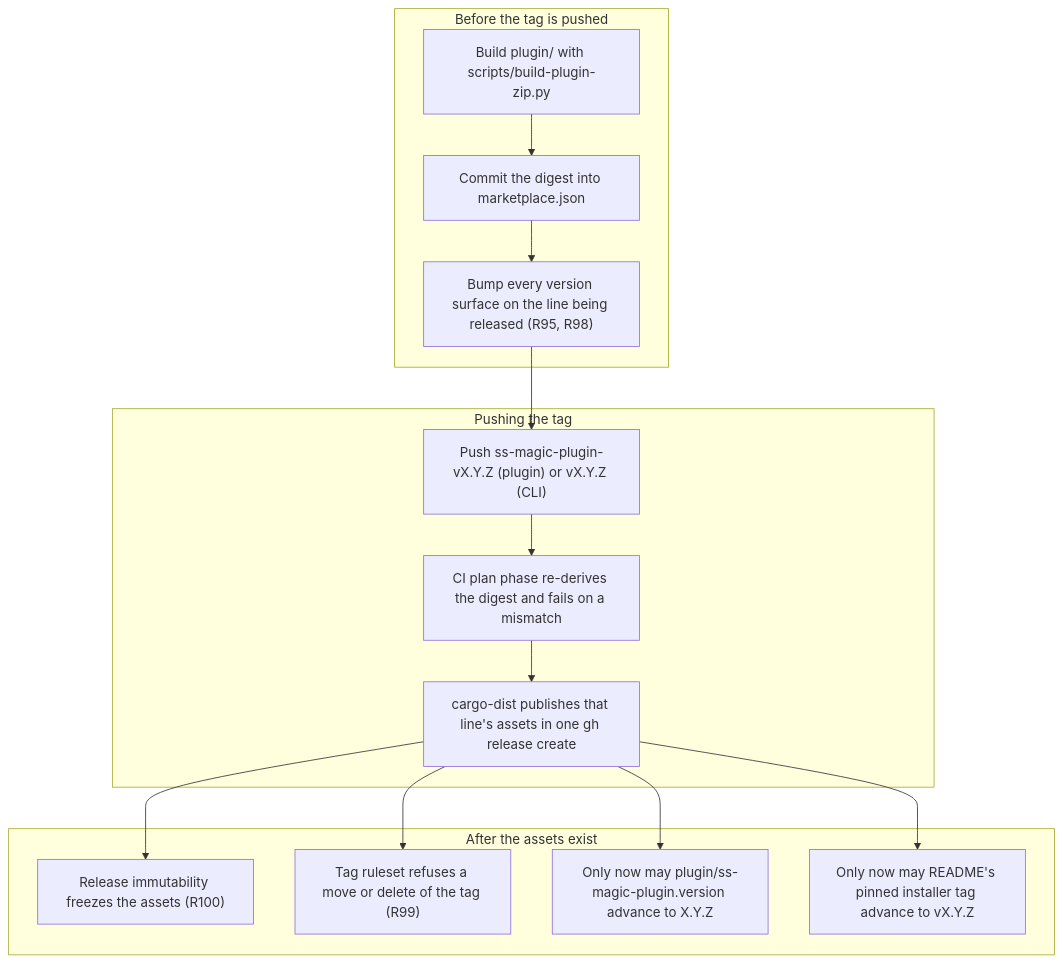
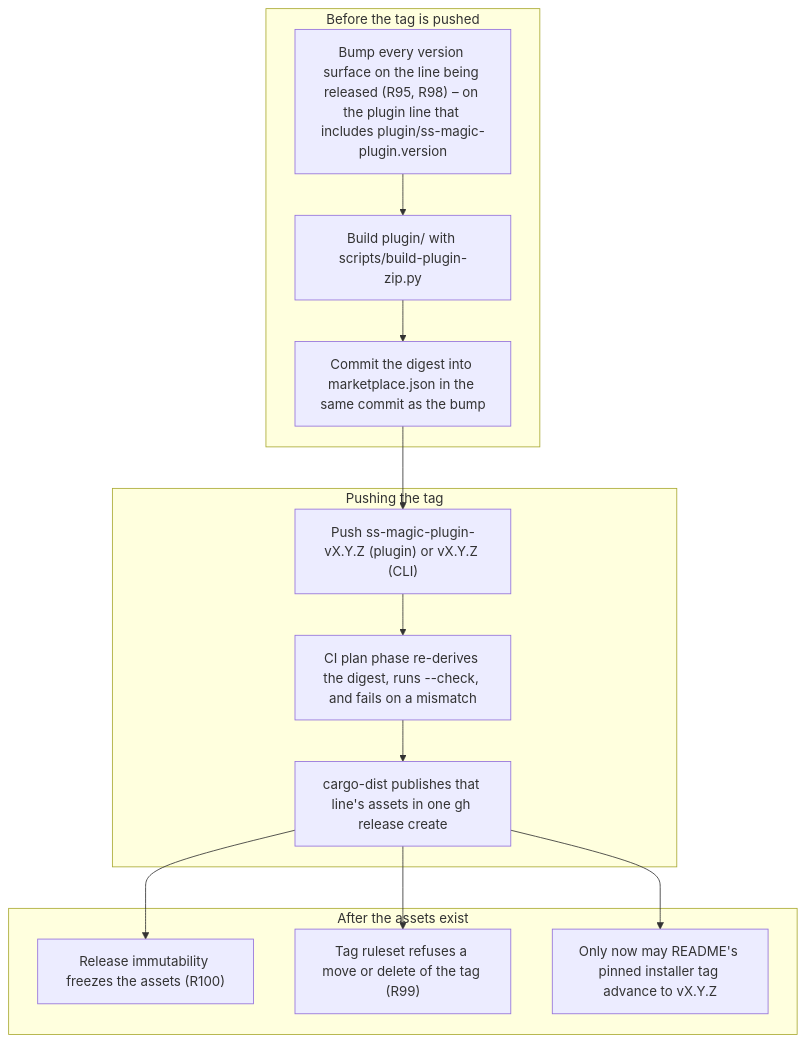
The diagram in docs/runbooks/forge-tag-and-release-protection.md (ViktorStiskala/superset-magic), drawn with Mermaid before and after one commit. The commit also changed other lines of this file and 4 other files, not shown here.

````diff
--- a/docs/runbooks/forge-tag-and-release-protection.md
+++ b/docs/runbooks/forge-tag-and-release-protection.md
@@ -37,18 +37,17 @@
 ```mermaid
 flowchart TD
   subgraph before["Before the tag is pushed"]
-    A["Build plugin/ with scripts/build-plugin-zip.py"] --> B["Commit the digest into marketplace.json"]
-    B --> C["Bump every version surface on the line being released (R95, R98)"]
+    A["Bump every version surface on the line being released (R95, R98) – on the plugin line that includes plugin/ss-magic-plugin.version"] --> B["Build plugin/ with scripts/build-plugin-zip.py"]
+    B --> C["Commit the digest into marketplace.json in the same commit as the bump"]
   end
   subgraph tagging["Pushing the tag"]
     C --> D["Push ss-magic-plugin-vX.Y.Z (plugin) or vX.Y.Z (CLI)"]
-    D --> E["CI plan phase re-derives the digest and fails on a mismatch"]
+    D --> E["CI plan phase re-derives the digest, runs --check, and fails on a mismatch"]
     E --> F["cargo-dist publishes that line's assets in one gh release create"]
   end
   subgraph after["After the assets exist"]
     F --> G["Release immutability freezes the assets (R100)"]
     F --> H["Tag ruleset refuses a move or delete of the tag (R99)"]
-    F --> I["Only now may plugin/ss-magic-plugin.version advance to X.Y.Z"]
-    F --> J["Only now may README's pinned installer tag advance to vX.Y.Z"]
+    F --> I["Only now may README's pinned installer tag advance to vX.Y.Z"]
   end
 ```
````
